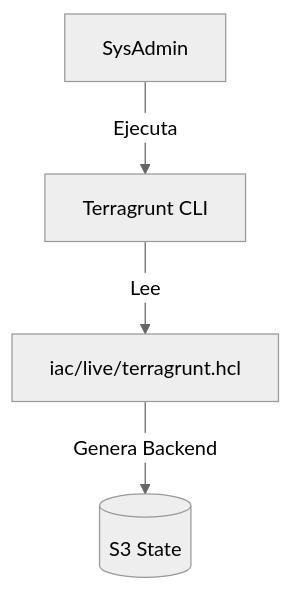
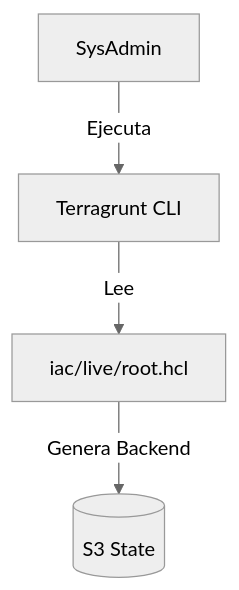
Before and after one commit to jgaragorry/aws-eks-enterprise-gitops: the first of 3 diagrams in FILES_DOCUMENTATION.md, drawn with Mermaid (neutral theme). The commit also changed other lines of this file and 6 other files, not shown here.

````diff
--- a/FILES_DOCUMENTATION.md
+++ b/FILES_DOCUMENTATION.md
@@ -18,6 +18,6 @@
 ```mermaid
 graph TD
     User[SysAdmin] -->|Ejecuta| TG[Terragrunt CLI]
-    TG -->|Lee| RootHCL[iac/live/terragrunt.hcl]
+    TG -->|Lee| RootHCL[iac/live/root.hcl]
     RootHCL -->|Genera Backend| S3[(S3 State)]
 ```
````
